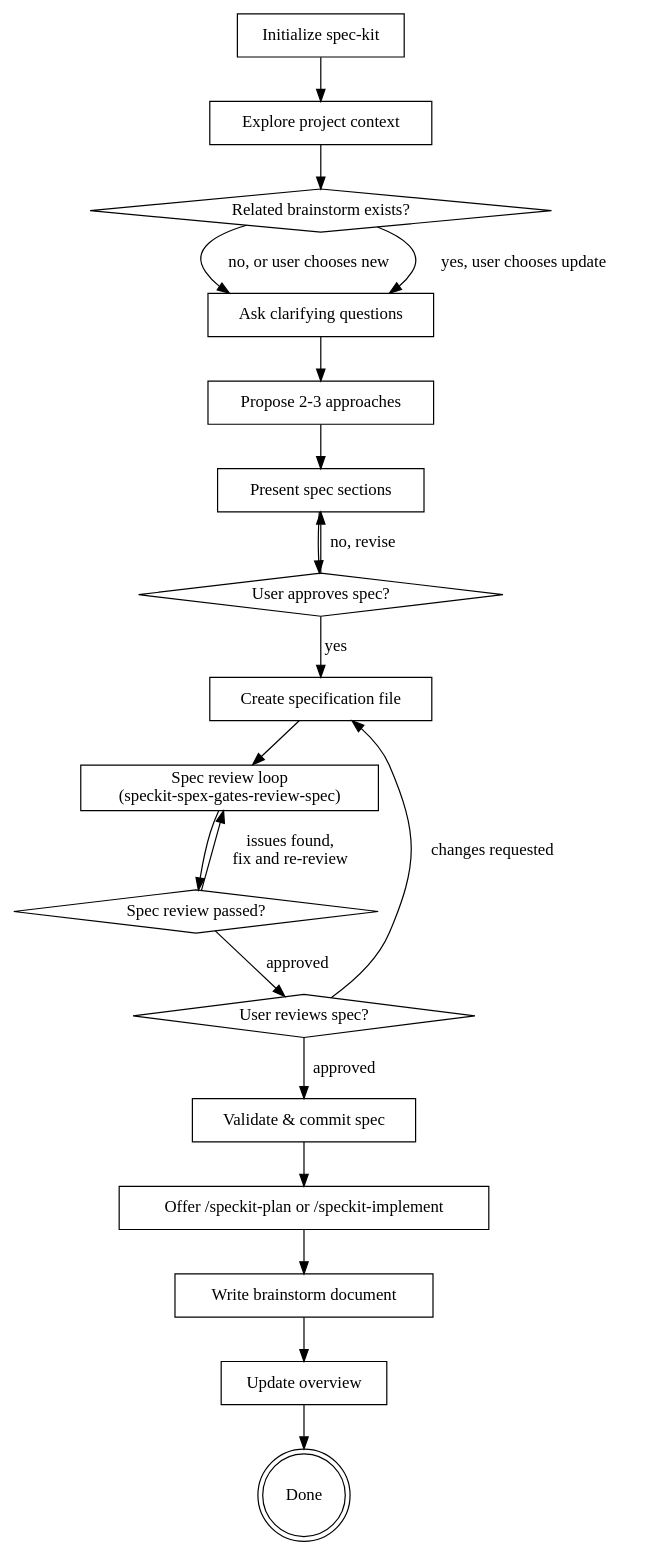
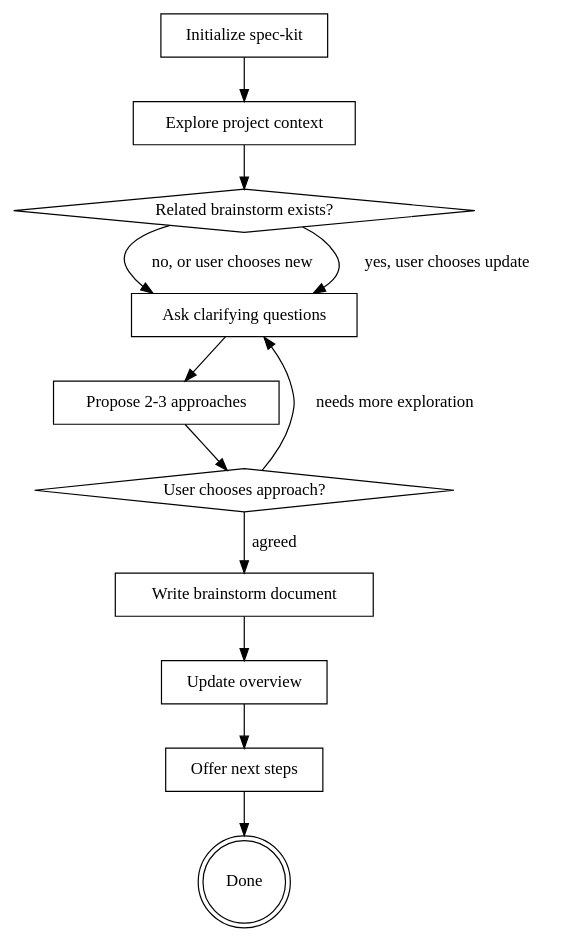
One commit to rhuss/cc-sdd changed the diagram in spex/extensions/spex/commands/speckit.spex.brainstorm.md. Above: the diagram before and after it, drawn with Graphviz. The commit also changed other lines of this file, not shown here.

First line of the commit message:
refactor: Trim brainstorm skill to stop before spec creation

````diff
--- a/spex/extensions/spex/commands/speckit.spex.brainstorm.md
+++ b/spex/extensions/spex/commands/speckit.spex.brainstorm.md
@@ -61,40 +40,26 @@
 ```dot
 digraph brainstorming {
     "Initialize spec-kit" [shape=box];
     "Explore project context" [shape=box];
     "Related brainstorm exists?" [shape=diamond];
     "Ask clarifying questions" [shape=box];
     "Propose 2-3 approaches" [shape=box];
-    "Present spec sections" [shape=box];
-    "User approves spec?" [shape=diamond];
-    "Create specification file" [shape=box];
-    "Spec review loop\n(speckit-spex-gates-review-spec)" [shape=box];
-    "Spec review passed?" [shape=diamond];
-    "User reviews spec?" [shape=diamond];
-    "Validate & commit spec" [shape=box];
-    "Offer /speckit-plan or /speckit-implement" [shape=box];
+    "User chooses approach?" [shape=diamond];
     "Write brainstorm document" [shape=box];
     "Update overview" [shape=box];
+    "Offer next steps" [shape=box];
     "Done" [shape=doublecircle];
 
     "Initialize spec-kit" -> "Explore project context";
     "Explore project context" -> "Related brainstorm exists?";
     "Related brainstorm exists?" -> "Ask clarifying questions" [label="no, or user chooses new"];
     "Related brainstorm exists?" -> "Ask clarifying questions" [label="yes, user chooses update"];
     "Ask clarifying questions" -> "Propose 2-3 approaches";
-    "Propose 2-3 approaches" -> "Present spec sections";
-    "Present spec sections" -> "User approves spec?";
-    "User approves spec?" -> "Present spec sections" [label="no, revise"];
-    "User approves spec?" -> "Create specification file" [label="yes"];
-    "Create specification file" -> "Spec review loop\n(speckit-spex-gates-review-spec)";
-    "Spec review loop\n(speckit-spex-gates-review-spec)" -> "Spec review passed?";
-    "Spec review passed?" -> "Spec review loop\n(speckit-spex-gates-review-spec)" [label="issues found,\nfix and re-review"];
-    "Spec review passed?" -> "User reviews spec?" [label="approved"];
-    "User reviews spec?" -> "Create specification file" [label="changes requested"];
-    "User reviews spec?" -> "Validate & commit spec" [label="approved"];
-    "Validate & commit spec" -> "Offer /speckit-plan or /speckit-implement";
-    "Offer /speckit-plan or /speckit-implement" -> "Write brainstorm document";
+    "Propose 2-3 approaches" -> "User chooses approach?";
+    "User chooses approach?" -> "Ask clarifying questions" [label="needs more exploration"];
+    "User chooses approach?" -> "Write brainstorm document" [label="agreed"];
     "Write brainstorm document" -> "Update overview";
-    "Update overview" -> "Done";
+    "Update overview" -> "Offer next steps";
+    "Offer next steps" -> "Done";
 }
 ```
````
